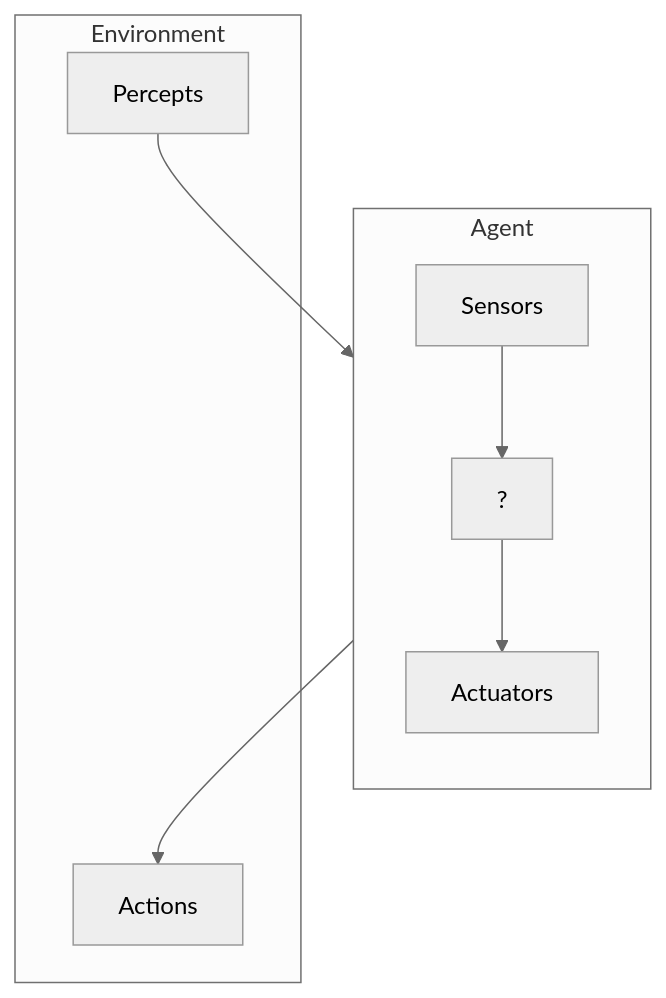
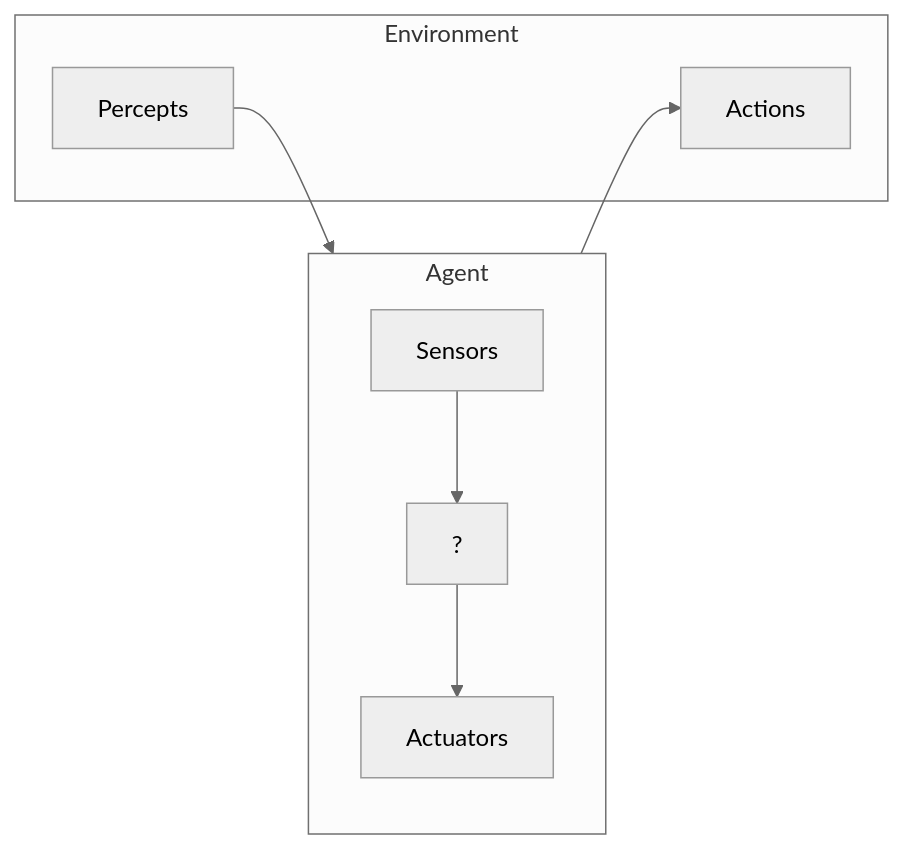
The first of 4 diagrams in Notes/AI/FAIKR/FAIKR Intelligent Agents.md (niccolozanotti/AI4climate.science-vault), drawn with Mermaid (neutral theme) before and after one commit. The commit also changed other lines of this file, not shown here.

````diff
--- a/Notes/AI/FAIKR/FAIKR Intelligent Agents.md
+++ b/Notes/AI/FAIKR/FAIKR Intelligent Agents.md
@@ -23,16 +23,16 @@
 ```mermaid
-graph TD
+graph LR
     subgraph AgentBox[Agent]
         direction TB
         Sensors --> Decision[?]
         Decision --> Actuators
     end
 
     subgraph EnvironmentBox[Environment]
         Percepts
         Actions
     end
 
     Percepts --> Sensors
     Actuators --> Actions
 ```
````
